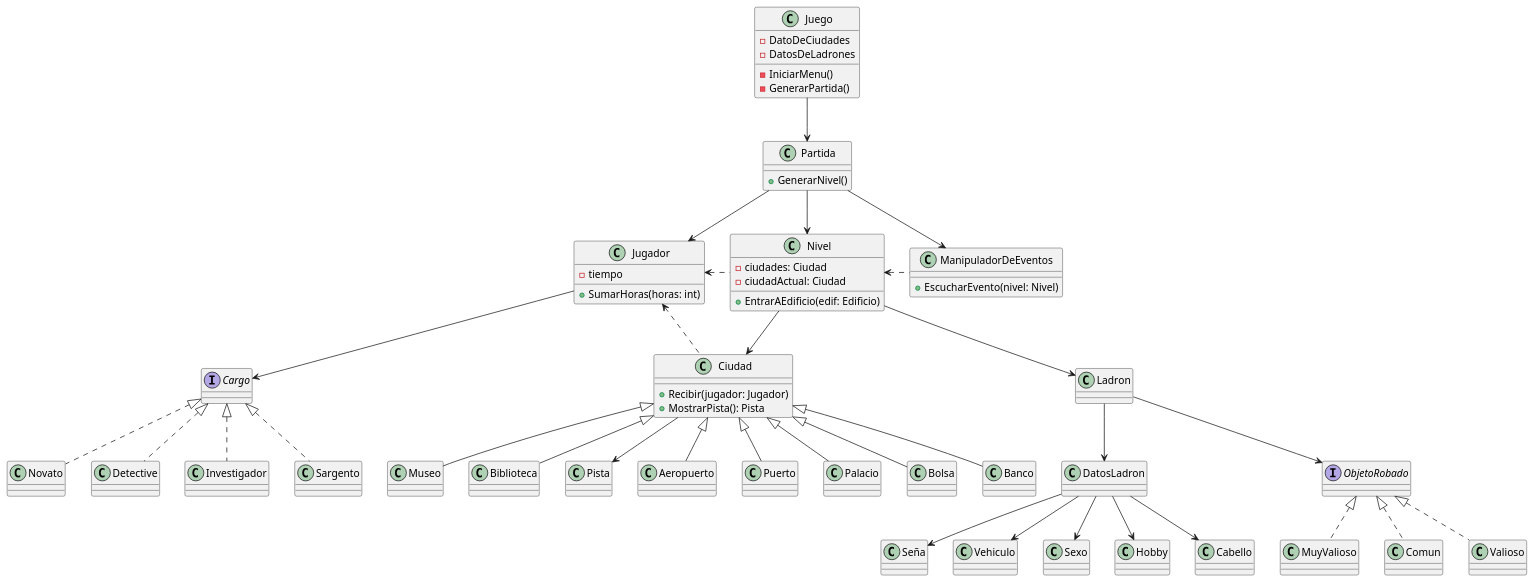
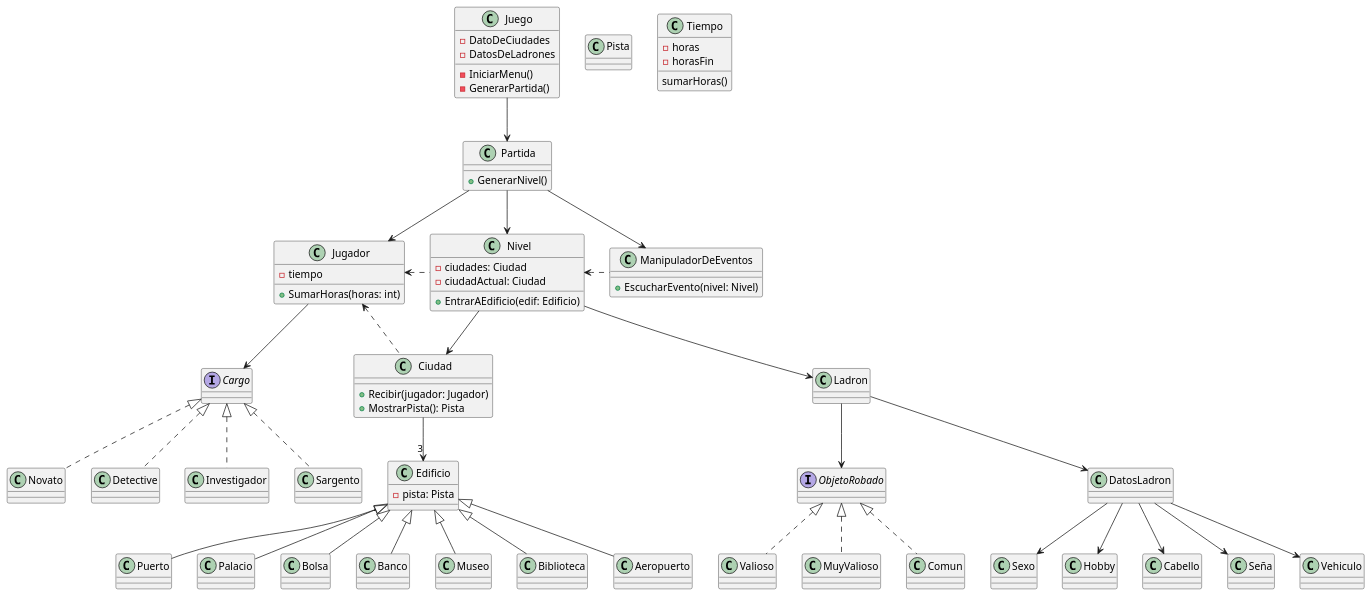
Before and after one commit to arilow/Algo3_TP2: the diagram in diagrams/classes/AlgoThief_Diagrama_Clase_UML.puml, drawn with PlantUML. The commit also changed 15 other files, not shown here.

```diff
--- a/diagrams/classes/AlgoThief_Diagrama_Clase_UML.puml
+++ b/diagrams/classes/AlgoThief_Diagrama_Clase_UML.puml
@@ -1,106 +1,116 @@
 @startuml algoThief
 class Juego {
 - DatoDeCiudades
 - DatosDeLadrones
 
 - IniciarMenu()
 - GenerarPartida()
 
 }
 
 class Partida {
 ' - jugador: Jugador
 ' - ladron: Ladron
     + GenerarNivel()
 }
 
 class Nivel {
 - ciudades: Ciudad
 - ciudadActual: Ciudad
 
 + EntrarAEdificio(edif: Edificio)
 }
 
 class ManipuladorDeEventos {
 + EscucharEvento(nivel: Nivel)
 }
 
 class Jugador {
     - tiempo
     + SumarHoras(horas: int)
 }
 
 class Ciudad {
     + Recibir(jugador: Jugador)
     + MostrarPista(): Pista
 }
 
+class Edificio {
+    - pista: Pista
+}
+
 interface Cargo{}
 class Novato{}
 class Detective{}
 class Investigador{}
 class Sargento{}
 
 class Pista{}
 
 class Aeropuerto{}
 class Puerto{}
 class Palacio{}
 class Bolsa{}
 class Banco{}
 class Museo{}
 
 class Ladron{}
 class DatosLadron{}
 class Sexo{}
 
 interface ObjetoRobado{}
 class Comun{}
 class Valioso{}
 class MuyValioso{}
 
+class Tiempo {
+    - horas
+    - horasFin
+    sumarHoras()
+}
+
 Jugador --> Cargo
 
 Cargo <|.. Novato
 Cargo <|.. Detective
 Cargo <|.. Investigador
 Cargo <|.. Sargento
 
-Ciudad <|-- Aeropuerto
-Ciudad <|-- Puerto
-Ciudad <|-- Biblioteca
-Ciudad <|-- Palacio
-Ciudad <|-- Bolsa
-Ciudad <|-- Banco
-Ciudad <|-- Museo
+Ciudad --> "3" Edificio
+Edificio <|-- Aeropuerto
+Edificio <|-- Puerto
+Edificio <|-- Biblioteca
+Edificio <|-- Palacio
+Edificio <|-- Bolsa
+Edificio <|-- Banco
+Edificio <|-- Museo
 
 Ladron --> DatosLadron
 DatosLadron --> Sexo
 DatosLadron --> Hobby
 DatosLadron --> Cabello
 DatosLadron --> Seña
 DatosLadron --> Vehiculo
 
 ObjetoRobado <|.. Comun
 ObjetoRobado <|.. Valioso
 ObjetoRobado <|.. MuyValioso
 
 Juego --> Partida
 
 Partida --> ManipuladorDeEventos
 Partida --> Jugador
 Partida --> Nivel
 
 Nivel --> Ciudad
 Nivel --> Ladron
 Nivel <. ManipuladorDeEventos
 
 
 Jugador <. Nivel
 Jugador <. Ciudad
 
 Ladron --> ObjetoRobado
 
-Ciudad -->Pista
 
 @enduml
```
